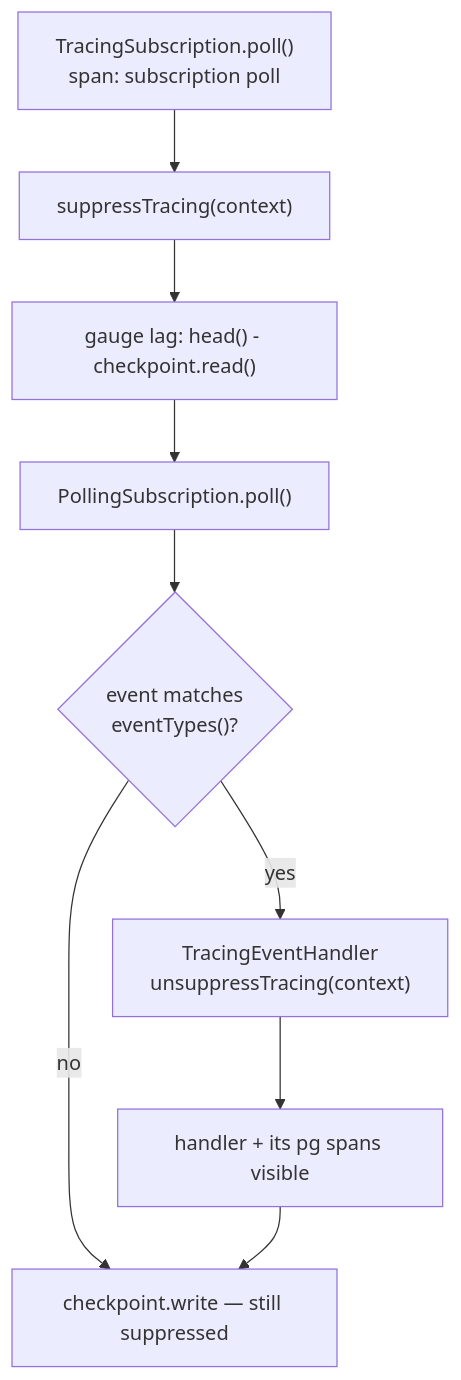
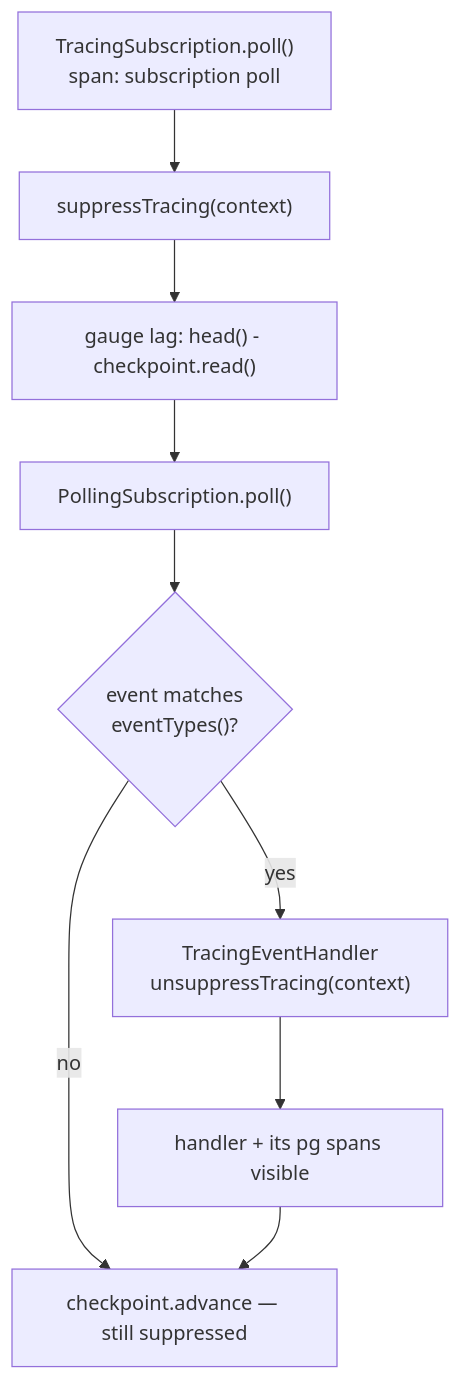
Before and after one commit to willehpeh/market-miam: diagram 12 of 12 in docs/EVENT-SOURCING-ARCHITECTURE.md, drawn with Mermaid. The commit also changed other lines of this file and 5 other files, not shown here.

````diff
--- a/docs/EVENT-SOURCING-ARCHITECTURE.md
+++ b/docs/EVENT-SOURCING-ARCHITECTURE.md
@@ -636,11 +644,11 @@
 ```mermaid
 flowchart TB
     A["TracingSubscription.poll()<br/>span: subscription poll"] --> B["suppressTracing(context)"]
     B --> C["gauge lag: head() - checkpoint.read()"]
     C --> D["PollingSubscription.poll()"]
     D --> E{"event matches<br/>eventTypes()?"}
-    E -->|no| F["checkpoint.write — still suppressed"]
+    E -->|no| F["checkpoint.advance — still suppressed"]
     E -->|yes| G["TracingEventHandler<br/>unsuppressTracing(context)"]
     G --> H["handler + its pg spans visible"]
     H --> F
 ```
````
